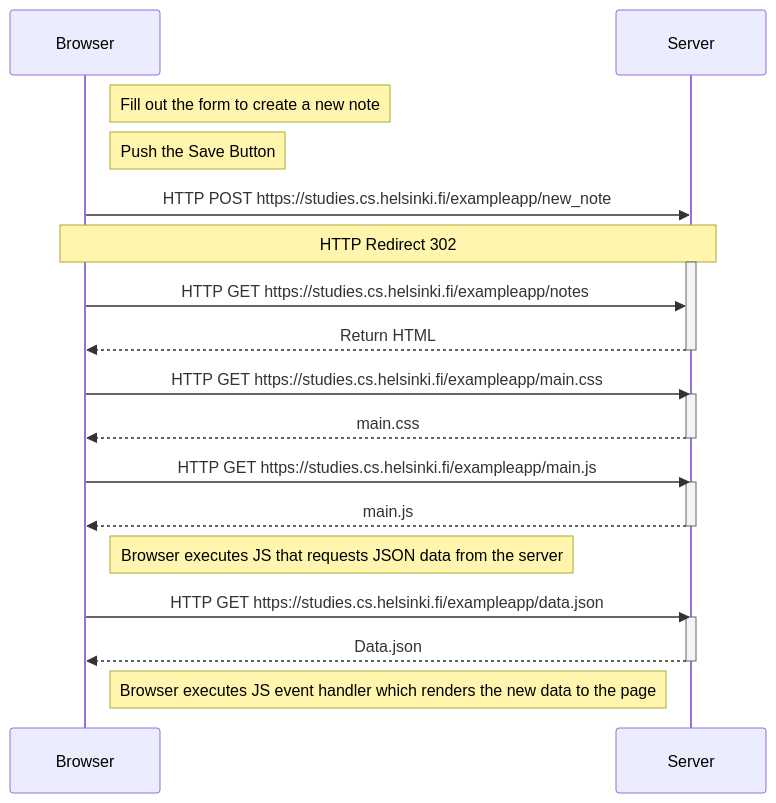
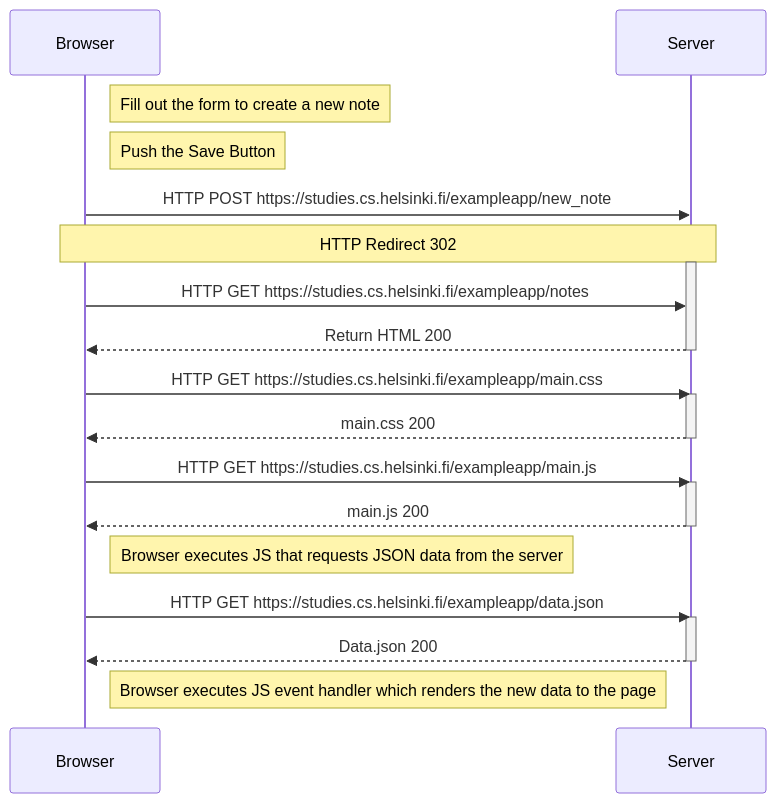
One commit to cmfredricksen/full-stack-open-exercises changed the second of 2 diagrams in part-0/exercise0-traditional.md. Above: the diagram before and after it, drawn with Mermaid. The commit also changed other lines of this file and 1 other file, not shown here.

Commit message:
Add status codes

````diff
--- a/part-0/exercise0-traditional.md
+++ b/part-0/exercise0-traditional.md
@@ -40,34 +40,34 @@
 ```mermaid
 sequenceDiagram
     participant b as Browser
     participant s as Server
 
     Note right of b: Fill out the form to create a new note
     note right of b: Push the Save Button
 
     b->>s: HTTP POST https://studies.cs.helsinki.fi/exampleapp/new_note
     Note over b, s: HTTP Redirect 302
     activate s
     b->>s: HTTP GET https://studies.cs.helsinki.fi/exampleapp/notes
-    s-->>b: Return HTML
+    s-->>b: Return HTML 200
     deactivate s
 
     b->>s: HTTP GET https://studies.cs.helsinki.fi/exampleapp/main.css
     activate s
-    s-->>b: main.css
+    s-->>b: main.css 200
     deactivate s
 
     b->>s: HTTP GET https://studies.cs.helsinki.fi/exampleapp/main.js
     activate s
-    s-->>b: main.js
+    s-->>b: main.js 200
     deactivate s
 
     Note right of b: Browser executes JS that requests JSON data from the server
     b->>s: HTTP GET https://studies.cs.helsinki.fi/exampleapp/data.json
     activate s
-    s-->>b: Data.json
+    s-->>b: Data.json 200
     deactivate s
 
     Note right of b: Browser executes JS event handler which renders the new data to the page
 
 ```
````
